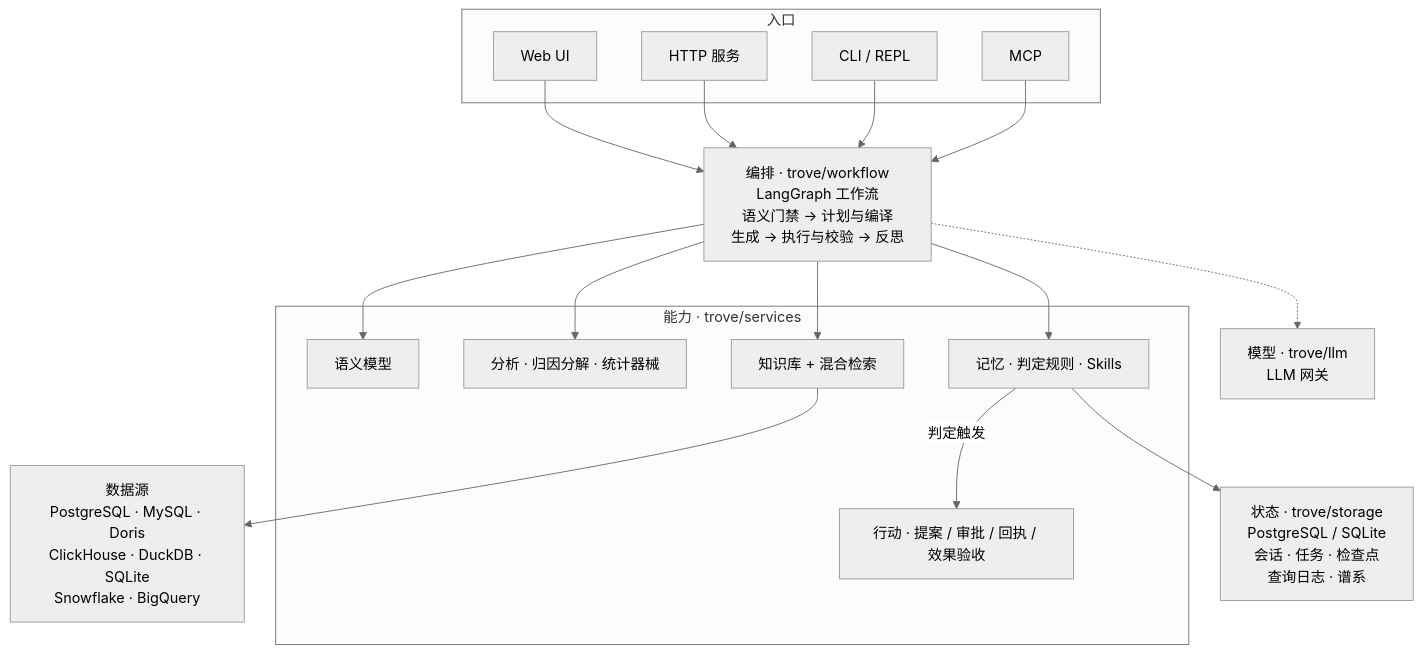
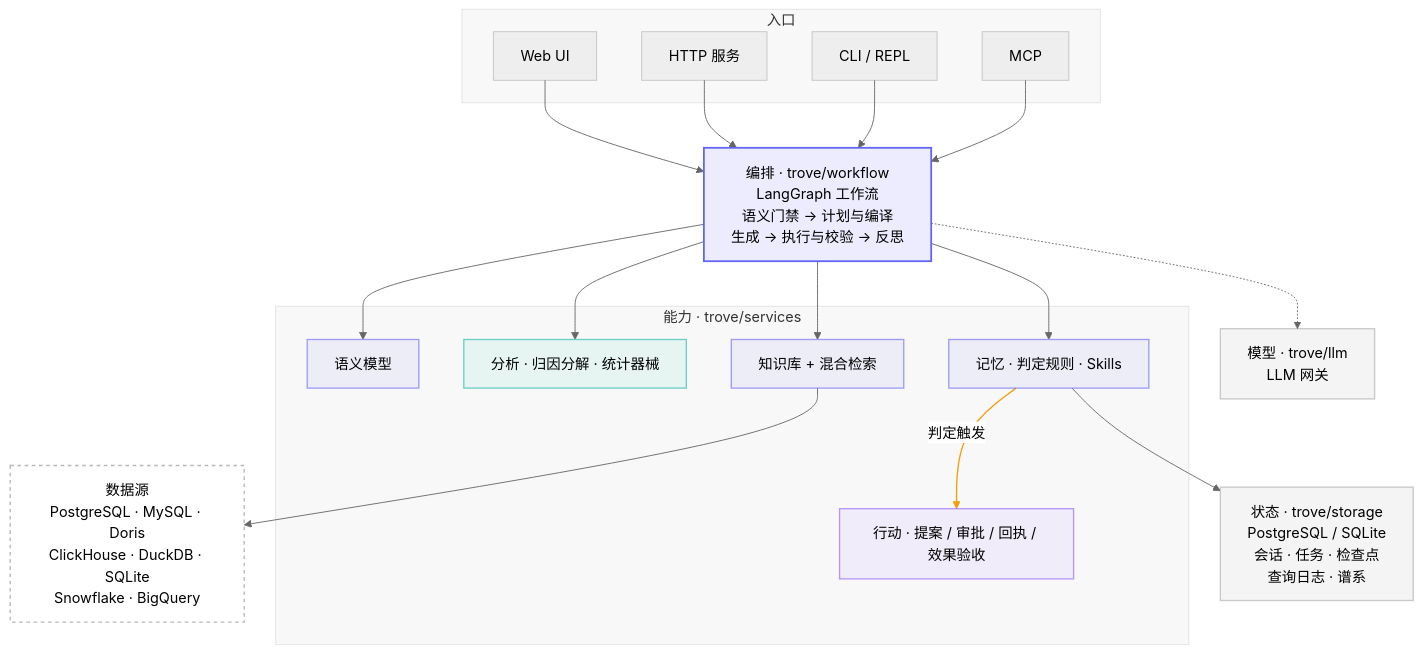
The first of 4 diagrams in README.md (Nivane/trove), drawn with Mermaid (neutral theme) before and after one commit. The commit also changed other lines of this file and 5 other files, not shown here.

First line of the commit message:
docs(arch): 架构图专业视觉升级 —— 半透明分区/阶段配色 + 窄屏长 token 断行修复

````diff
--- a/README.md
+++ b/README.md
@@ -45,36 +45,47 @@
 ```mermaid
 flowchart TB
+    %% 配色为站点同款的低透明度填充 + 实色描边，亮暗两档同一份源码都成立
     subgraph entry["入口"]
-        UI["Web UI"]
-        SRV["HTTP 服务"]
-        CLI["CLI / REPL"]
-        MCP["MCP"]
+        UI["Web UI"]:::entry
+        SRV["HTTP 服务"]:::entry
+        CLI["CLI / REPL"]:::entry
+        MCP["MCP"]:::entry
     end
 
-    WF["编排 · trove/workflow<br/>LangGraph 工作流<br/>语义门禁 → 计划与编译<br/>生成 → 执行与校验 → 反思"]
+    WF["编排 · trove/workflow<br/>LangGraph 工作流<br/>语义门禁 → 计划与编译<br/>生成 → 执行与校验 → 反思"]:::core
 
     subgraph caps["能力 · trove/services"]
-        SEM["语义模型"]
-        ANA["分析 · 归因分解 · 统计器械"]
-        KB["知识库 + 混合检索"]
-        MEM["记忆 · 判定规则 · Skills"]
-        ACT["行动 · 提案 / 审批 / 回执 / 效果验收"]
+        SEM["语义模型"]:::cap
+        ANA["分析 · 归因分解 · 统计器械"]:::ana
+        KB["知识库 + 混合检索"]:::cap
+        MEM["记忆 · 判定规则 · Skills"]:::cap
+        ACT["行动 · 提案 / 审批 / 回执 / 效果验收"]:::act
     end
 
-    LLM["模型 · trove/llm<br/>LLM 网关"]
-    DS["数据源<br/>PostgreSQL · MySQL · Doris<br/>ClickHouse · DuckDB · SQLite<br/>Snowflake · BigQuery"]
-    STATE["状态 · trove/storage<br/>PostgreSQL / SQLite<br/>会话 · 任务 · 检查点<br/>查询日志 · 谱系"]
+    LLM["模型 · trove/llm<br/>LLM 网关"]:::base
+    DS["数据源<br/>PostgreSQL · MySQL · Doris<br/>ClickHouse · DuckDB · SQLite<br/>Snowflake · BigQuery"]:::ext
+    STATE["状态 · trove/storage<br/>PostgreSQL / SQLite<br/>会话 · 任务 · 检查点<br/>查询日志 · 谱系"]:::base
 
     UI --> WF
     SRV --> WF
     CLI --> WF
     MCP --> WF
     WF --> SEM
     WF --> ANA
     WF --> KB
     WF --> MEM
     MEM -->|"判定触发"| ACT
     WF -.-> LLM
     KB --> DS
     MEM --> STATE
+    classDef entry fill:#71717a14,stroke:#71717a59,stroke-width:1px;
+    classDef core fill:#6366f11f,stroke:#6366f1,stroke-width:2px;
+    classDef cap fill:#6366f114,stroke:#6366f199,stroke-width:1.5px;
+    classDef ana fill:#14b8a614,stroke:#14b8a699,stroke-width:1.5px;
+    classDef act fill:#8b5cf614,stroke:#8b5cf699,stroke-width:1.5px;
+    classDef base fill:#71717a14,stroke:#71717a59,stroke-width:1.5px;
+    classDef ext fill:transparent,stroke:#71717a80,stroke-width:1.5px,stroke-dasharray:4 4;
+    style entry fill:#71717a0d,stroke:#71717a2e,stroke-width:1px
+    style caps fill:#71717a0d,stroke:#71717a2e,stroke-width:1px
+    linkStyle 8 stroke:#f59e0b,stroke-width:1.5px
 ```
````
